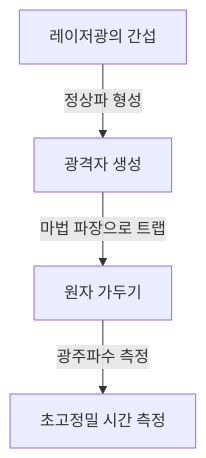
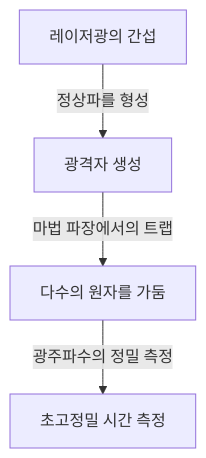
The third of 3 diagrams in content/post/history-of-timekeeping-technology/index.ko.md (kenjinote/blog), drawn with Mermaid before and after one commit. The commit also changed other lines of this file and 129 other files, not shown here.

````diff
--- a/content/post/history-of-timekeeping-technology/index.ko.md
+++ b/content/post/history-of-timekeeping-technology/index.ko.md
@@ -67,6 +85,6 @@
 ```mermaid
 graph TD
-    A["레이저광의 간섭"] -- "정상파 형성" --> B["광격자 생성"]
-    B -- "마법 파장으로 트랩" --> C["원자 가두기"]
-    C -- "광주파수 측정" --> D["초고정밀 시간 측정"]
+    A["레이저광의 간섭"] -- "정상파를 형성" --> B["광격자 생성"]
+    B -- "마법 파장에서의 트랩" --> C["다수의 원자를 가둠"]
+    C -- "광주파수의 정밀 측정" --> D["초고정밀 시간 측정"]
 ```
````
